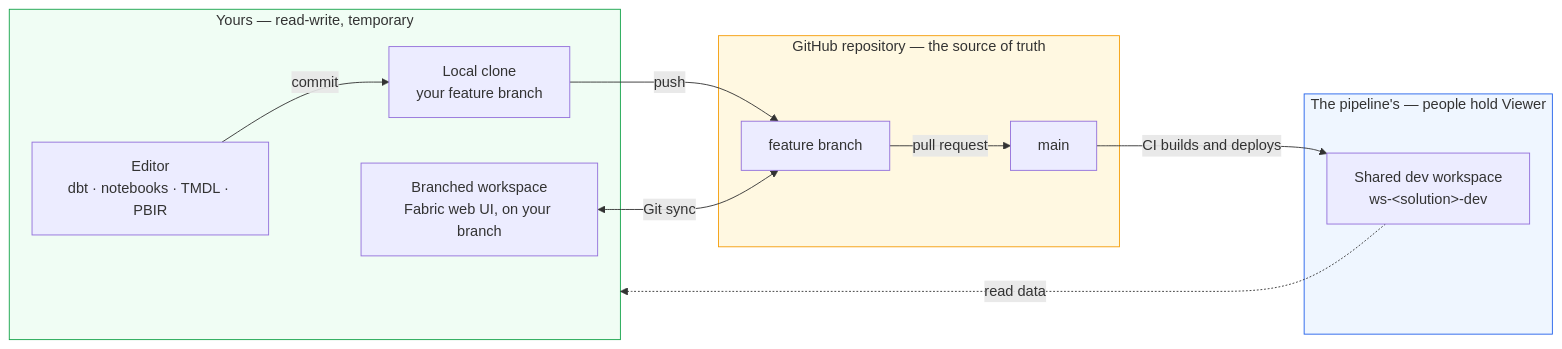
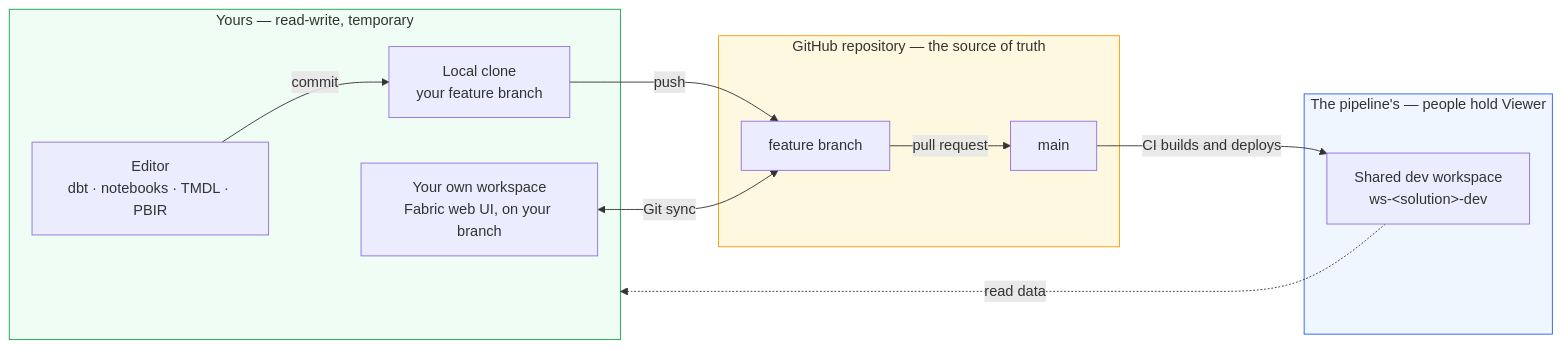
The first of 2 diagrams in docs/path-to-production.md (markadams31/fabric-dataops-blueprint), drawn with Mermaid before and after one commit. The commit also changed other lines of this file and 1 other file, not shown here.

First line of the commit message:
Correct the branched-workspace terminology (#26)

````diff
--- a/docs/path-to-production.md
+++ b/docs/path-to-production.md
@@ -45,24 +47,24 @@
 ```mermaid
 flowchart LR
     subgraph YOURS ["Yours — read-write, temporary"]
         IDE["Editor<br/>dbt · notebooks · TMDL · PBIR"]
         CLONE["Local clone<br/>your feature branch"]
-        BW["Branched workspace<br/>Fabric web UI, on your branch"]
+        BW["Your own workspace<br/>Fabric web UI, on your branch"]
     end
     subgraph REPO ["GitHub repository — the source of truth"]
         BR["feature branch"]
         MAIN["main"]
     end
     subgraph PIPE ["The pipeline's — people hold Viewer"]
         DEV["Shared dev workspace<br/>ws-#60;solution#62;-dev"]
     end
     IDE -->|"commit"| CLONE
     CLONE -->|"push"| BR
     BW <-->|"Git sync"| BR
     BR -->|"pull request"| MAIN
     MAIN -->|"CI builds and deploys"| DEV
     DEV -.->|"read data"| YOURS
     style YOURS fill:#f0fdf4,stroke:#16a34a
     style REPO fill:#fff8e1,stroke:#f59e0b
     style PIPE fill:#eff6ff,stroke:#2563eb
 ```
````
